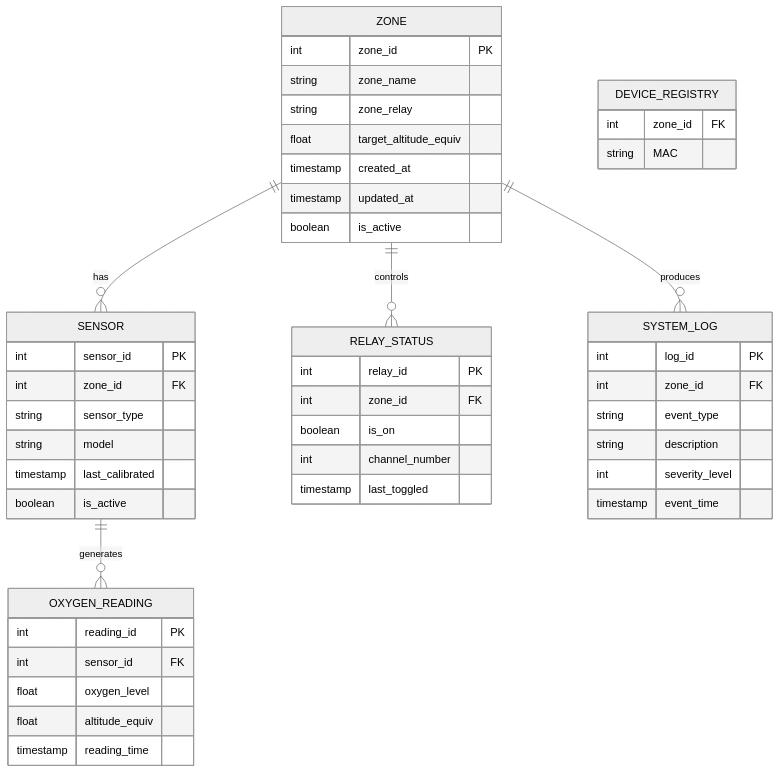
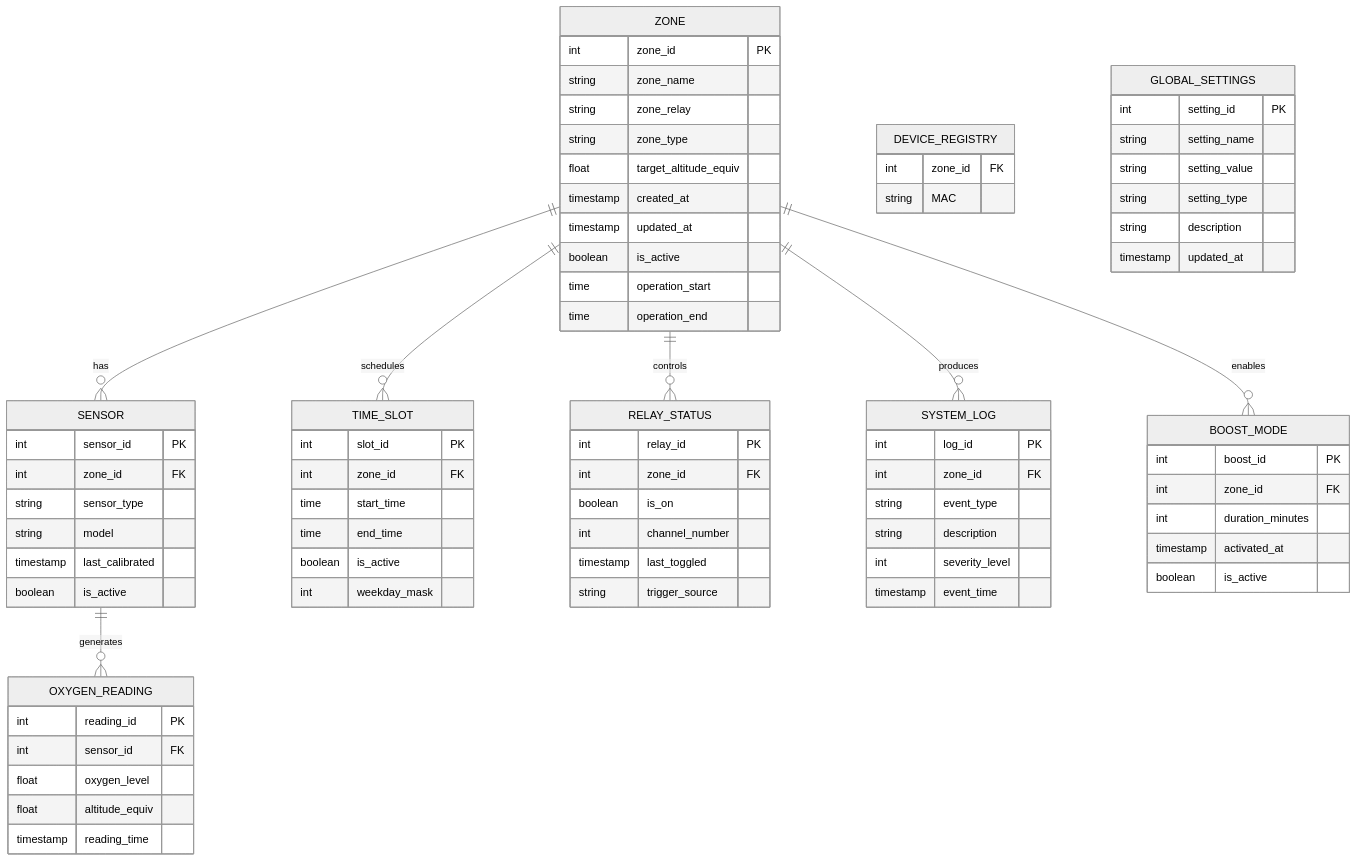
One commit to adityatripathi05/Oxygen-Enrichment-System changed the fourth of 8 diagrams in docs/design_plan.md. Above: the diagram before and after it, drawn with Mermaid (neutral theme). The commit also changed other lines of this file, not shown here.

````diff
--- a/docs/design_plan.md
+++ b/docs/design_plan.md
@@ -188,17 +220,20 @@
     ZONE {
         int zone_id PK
         string zone_name
-		string zone_relay
+        string zone_relay
+        string zone_type
         float target_altitude_equiv
         timestamp created_at
         timestamp updated_at
-		boolean is_active
+        boolean is_active
+        time operation_start
+        time operation_end
     }
-	
-	DEVICE_REGISTRY {
-		int zone_id FK
-		string MAC
-	}
+    
+    DEVICE_REGISTRY {
+        int zone_id FK
+        string MAC
+    }
     
     SENSOR {
         int sensor_id PK
@@ -207,6 +242,15 @@
         string model
         timestamp last_calibrated
         boolean is_active
+    }
+    
+    TIME_SLOT {
+        int slot_id PK
+        int zone_id FK
+        time start_time
+        time end_time
+        boolean is_active
+        int weekday_mask
     }
     
     OXYGEN_READING {
@@ -223,6 +267,7 @@
         boolean is_on
         int channel_number
         timestamp last_toggled
+        string trigger_source
     }
     
     SYSTEM_LOG {
@@ -234,8 +279,27 @@
         timestamp event_time
     }
     
+    BOOST_MODE {
+        int boost_id PK
+        int zone_id FK
+        int duration_minutes
+        timestamp activated_at
+        boolean is_active
+    }
+    
+    GLOBAL_SETTINGS {
+        int setting_id PK
+        string setting_name
+        string setting_value
+        string setting_type
+        string description
+        timestamp updated_at
+    }
+    
     ZONE ||--o{ SENSOR : has
+    ZONE ||--o{ TIME_SLOT : schedules
     SENSOR ||--o{ OXYGEN_READING : generates
     ZONE ||--o{ RELAY_STATUS : controls
     ZONE ||--o{ SYSTEM_LOG : produces
+    ZONE ||--o{ BOOST_MODE : enables
 ```
````
